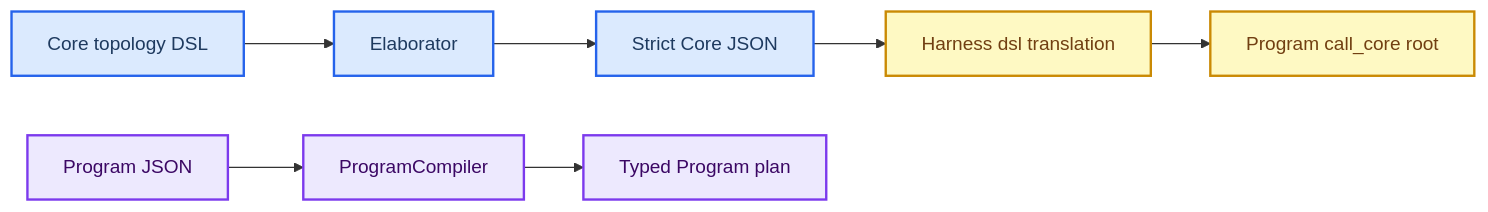
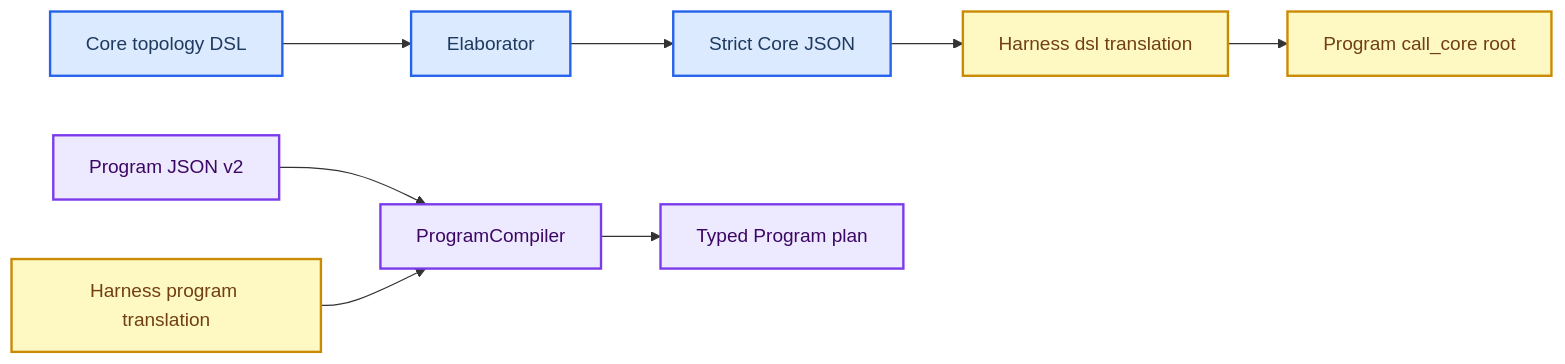
One commit to fox1245/NeoGraph changed the diagram in docs/DSL_COMPOSITION_LIMITS.md. Above: the diagram before and after it, drawn with Mermaid. The commit also changed other lines of this file and 13 other files, not shown here.

Commit message:
feat(program): admit bounded static Program trees

````diff
--- a/docs/DSL_COMPOSITION_LIMITS.md
+++ b/docs/DSL_COMPOSITION_LIMITS.md
@@ -22,20 +22,21 @@
 ```mermaid
 flowchart LR
     accTitle: DSL and Program boundary
-    accDescr: The bounded Core DSL elaborates into strict topology JSON and Harness wraps that topology in one call_core Program root, while Program JSON is compiled through a separate path.
+    accDescr: The bounded Core DSL elaborates into strict topology JSON. Harness DSL wraps that topology in one call_core root, while Harness Program mode and direct Program JSON compile a separately admitted typed operation tree.
 
     core_dsl[Core topology DSL] --> elaborator[Elaborator]
     elaborator --> strict_core[Strict Core JSON]
-    strict_core --> harness_translate[Harness dsl translation]
-    harness_translate --> call_core_root[Program call_core root]
-    program_source[Program JSON] --> program_compiler[ProgramCompiler]
+    strict_core --> harness_dsl[Harness dsl translation]
+    harness_dsl --> call_core_root[Program call_core root]
+    program_source[Program JSON v2] --> program_compiler[ProgramCompiler]
+    harness_program[Harness program translation] --> program_compiler
     program_compiler --> program_plan[Typed Program plan]
 
     classDef core_surface fill:#dbeafe,stroke:#2563eb,stroke-width:2px,color:#1e3a5f
     classDef program_surface fill:#ede9fe,stroke:#7c3aed,stroke-width:2px,color:#3b0764
     classDef bridge_surface fill:#fef9c3,stroke:#ca8a04,stroke-width:2px,color:#713f12
 
     class core_dsl,elaborator,strict_core core_surface
     class program_source,program_compiler,program_plan program_surface
-    class harness_translate,call_core_root bridge_surface
+    class harness_dsl,call_core_root,harness_program bridge_surface
 ```
````
